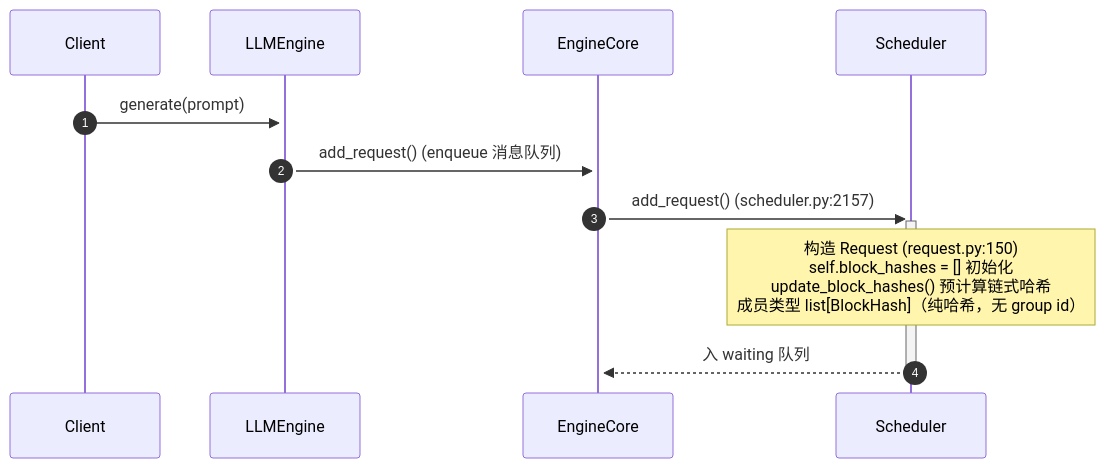
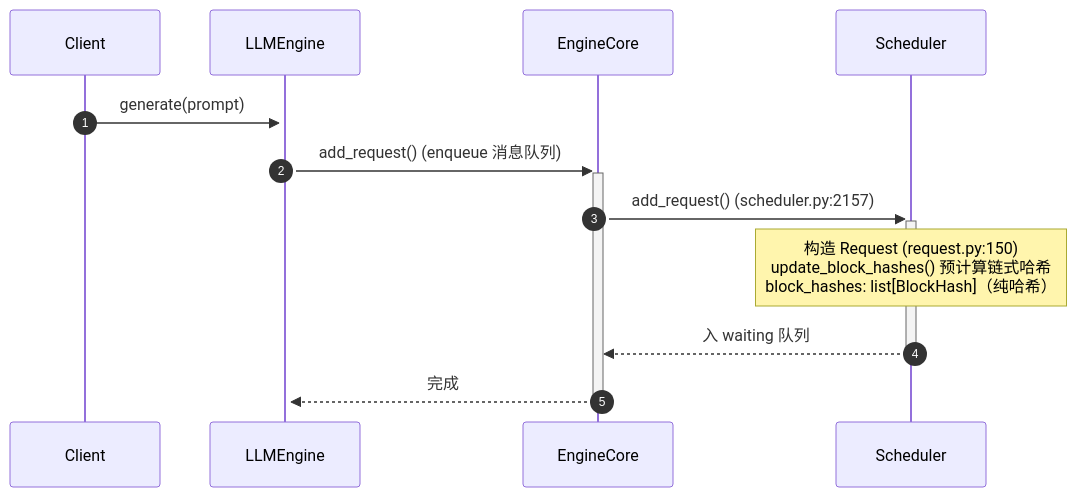
Before and after one commit to GoCHug/vllm: the second of 9 diagrams in vllm/v1/core/kvcache_docs/0_end_to_end_sequence.md, drawn with Mermaid. The commit also changed other lines of this file and 221 other files, not shown here.

````diff
--- a/vllm/v1/core/kvcache_docs/0_end_to_end_sequence.md
+++ b/vllm/v1/core/kvcache_docs/0_end_to_end_sequence.md
@@ -170,14 +158,15 @@
 ```mermaid
 sequenceDiagram
     autonumber
     participant C as Client
     participant LE as LLMEngine
     participant EC as EngineCore
     participant S as Scheduler
 
     C->>+LE: generate(prompt)
-    LE->>+EC: add_request()  (enqueue 消息队列)
+    LE->>+EC: add_request()   (enqueue 消息队列)
     EC->>+S: add_request()   (scheduler.py:2157)
-    Note over S: 构造 Request (request.py:150)<br/>self.block_hashes = [] 初始化<br/>update_block_hashes() 预计算链式哈希<br/>成员类型 list[BlockHash]（纯哈希，无 group id）
+    Note over S: 构造 Request (request.py:150)<br/>update_block_hashes() 预计算链式哈希<br/>block_hashes: list[BlockHash]（纯哈希）
     S-->>-EC: 入 waiting 队列
+    EC-->>-LE: 完成
 ```
````
